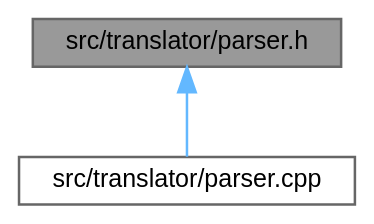
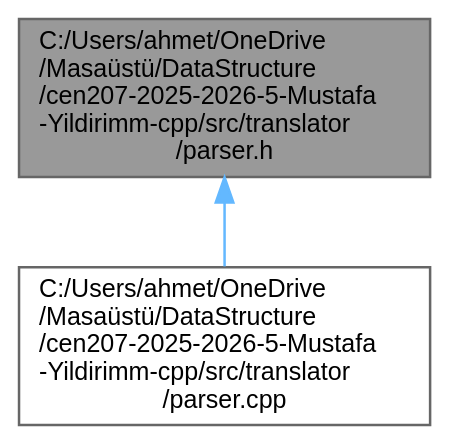
One commit to mustafayldrnn/cen207-2025-2026-5-Mustafa-Yildirimm-cpp changed the diagram in docs/doxygenlibwin/rtf/parser_8h__dep__incl.dot. Above: the diagram before and after it, drawn with Graphviz. The commit also changed 1110 other files, not shown here.

```diff
--- a/docs/doxygenlibwin/rtf/parser_8h__dep__incl.dot
+++ b/docs/doxygenlibwin/rtf/parser_8h__dep__incl.dot
@@ -1,11 +1,11 @@
-digraph "src/translator/parser.h"
+digraph "C:/Users/ahmet/OneDrive/Masaüstü/DataStructure/cen207-2025-2026-5-Mustafa-Yildirimm-cpp/src/translator/parser.h"
 {
  // INTERACTIVE_SVG=YES
  // LATEX_PDF_SIZE
   bgcolor="transparent";
   edge [fontname=Helvetica,fontsize=10,labelfontname=Helvetica,labelfontsize=10];
   node [fontname=Helvetica,fontsize=10,shape=box,height=0.2,width=0.4];
-  Node1 [id="Node000001",label="src/translator/parser.h",height=0.2,width=0.4,color="gray40", fillcolor="grey60", style="filled", fontcolor="black",tooltip="Leksik belirteçlerden AST üreten sözdizim analizcisi."];
+  Node1 [id="Node000001",label="C:/Users/ahmet/OneDrive\l/Masaüstü/DataStructure\l/cen207-2025-2026-5-Mustafa\l-Yildirimm-cpp/src/translator\l/parser.h",height=0.2,width=0.4,color="gray40", fillcolor="grey60", style="filled", fontcolor="black",tooltip="Leksik belirteçlerden AST üreten sözdizim analizcisi."];
   Node1 -> Node2 [id="edge3_Node000001_Node000002",dir="back",color="steelblue1",style="solid",tooltip=" "];
-  Node2 [id="Node000002",label="src/translator/parser.cpp",height=0.2,width=0.4,color="grey40", fillcolor="white", style="filled",URL="$parser_8cpp.html",tooltip="Parser uygulaması: Token dizisinden AST üretir."];
+  Node2 [id="Node000002",label="C:/Users/ahmet/OneDrive\l/Masaüstü/DataStructure\l/cen207-2025-2026-5-Mustafa\l-Yildirimm-cpp/src/translator\l/parser.cpp",height=0.2,width=0.4,color="grey40", fillcolor="white", style="filled",URL="$parser_8cpp.html",tooltip="Parser uygulaması: Token dizisinden AST üretir."];
 }
```
